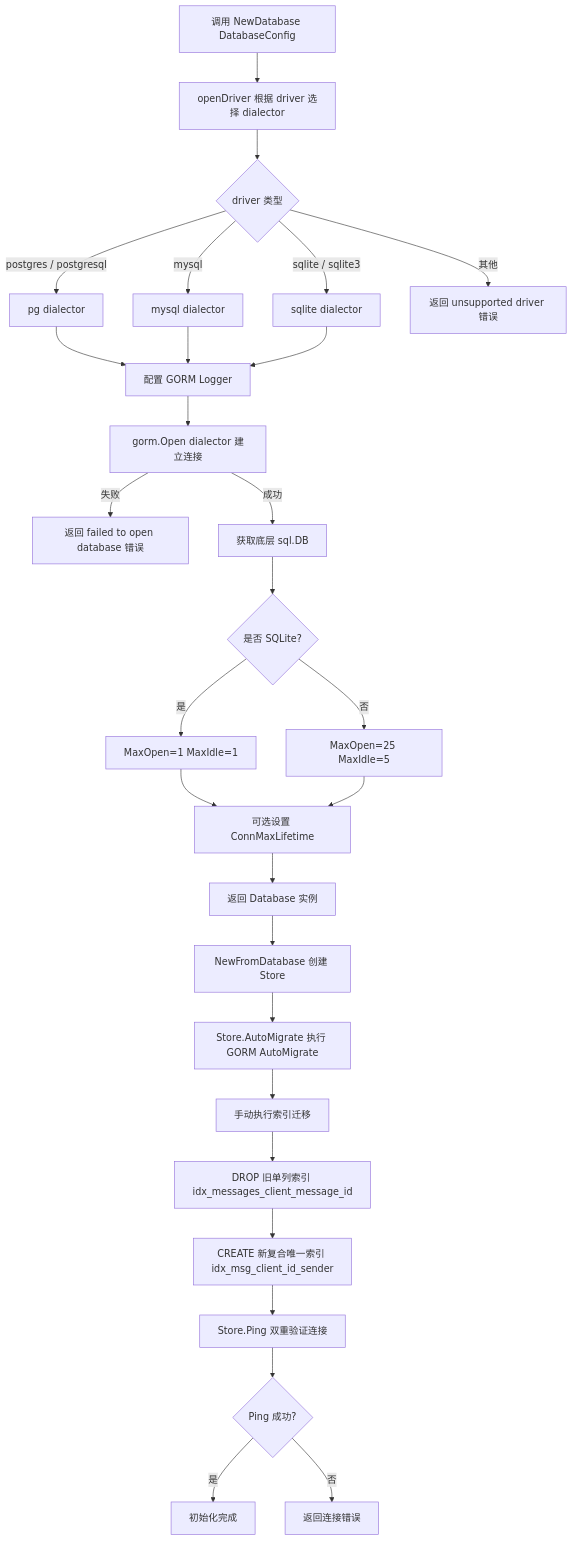
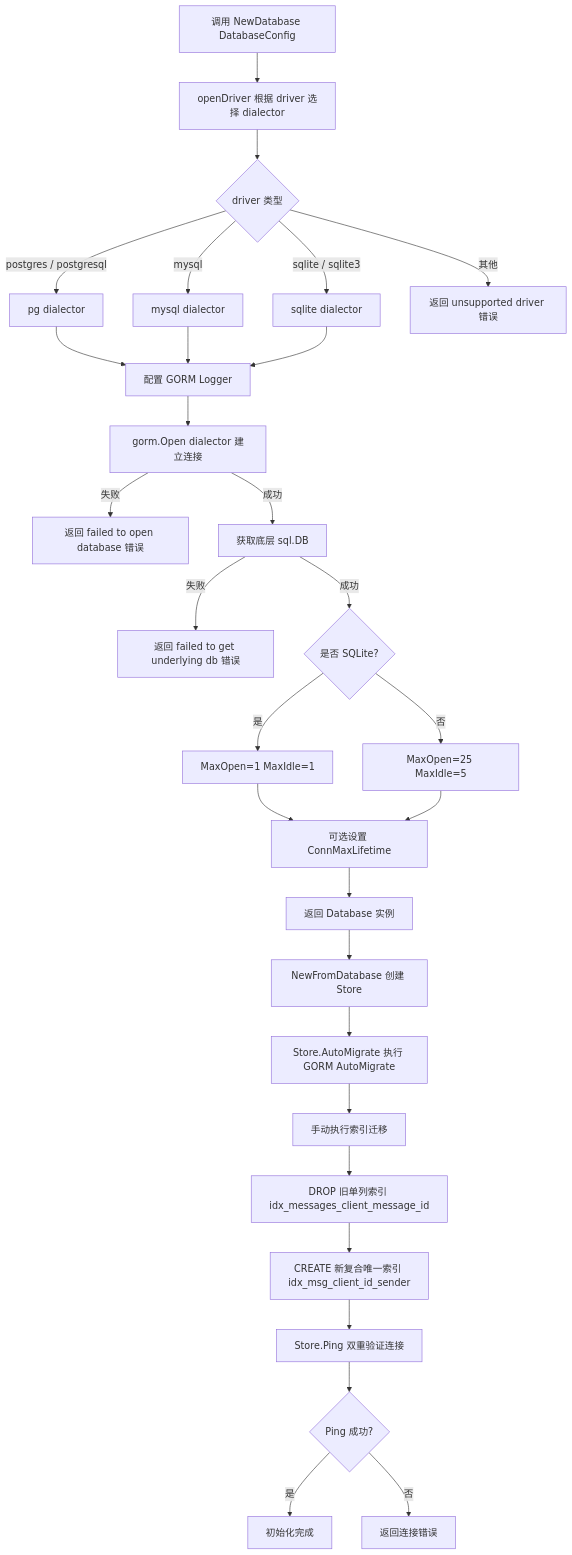
One commit to PineappleBond/xyncra-server changed the first of 15 diagrams in wiki/flows/storage.md. Above: the diagram before and after it, drawn with Mermaid. The commit also changed other lines of this file and 21 other files, not shown here.

Commit message:
docs(wiki): add edge cases and fix inaccuracies across all flow documents

````diff
--- a/wiki/flows/storage.md
+++ b/wiki/flows/storage.md
@@ -32,30 +32,31 @@
 ```mermaid
 flowchart TD
     A[调用 NewDatabase DatabaseConfig] --> B[openDriver 根据 driver 选择 dialector]
     B --> C{driver 类型}
     C -->|postgres / postgresql| D[pg dialector]
     C -->|mysql| E[mysql dialector]
     C -->|sqlite / sqlite3| F[sqlite dialector]
     C -->|其他| G[返回 unsupported driver 错误]
     D --> H[配置 GORM Logger]
     E --> H
     F --> H
     H --> I[gorm.Open dialector 建立连接]
     I -->|失败| J[返回 failed to open database 错误]
     I -->|成功| K[获取底层 sql.DB]
-    K --> L{是否 SQLite?}
+    K -->|失败| K1[返回 failed to get underlying db 错误]
+    K -->|成功| L{是否 SQLite?}
     L -->|是| M[MaxOpen=1 MaxIdle=1]
     L -->|否| N[MaxOpen=25 MaxIdle=5]
     M --> O[可选设置 ConnMaxLifetime]
     N --> O
     O --> P[返回 Database 实例]
     P --> Q[NewFromDatabase 创建 Store]
     Q --> R[Store.AutoMigrate 执行 GORM AutoMigrate]
     R --> S[手动执行索引迁移]
     S --> T[DROP 旧单列索引 idx_messages_client_message_id]
     T --> U[CREATE 新复合唯一索引 idx_msg_client_id_sender]
     U --> V[Store.Ping 双重验证连接]
     V --> W{Ping 成功?}
     W -->|是| X[初始化完成]
     W -->|否| Y[返回连接错误]
 ```
````
